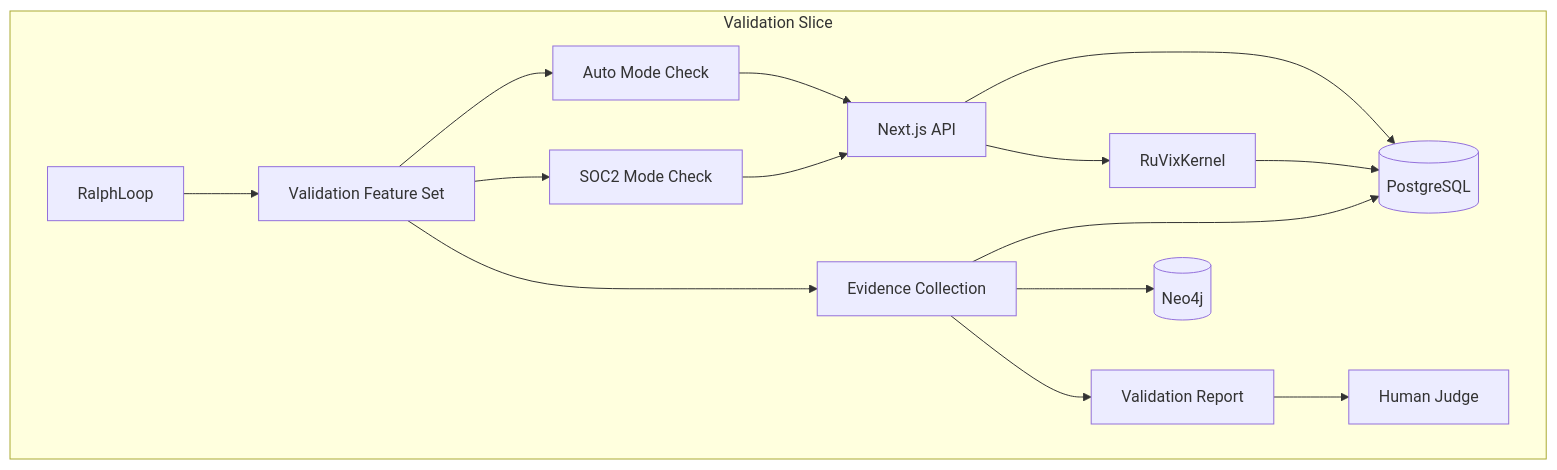
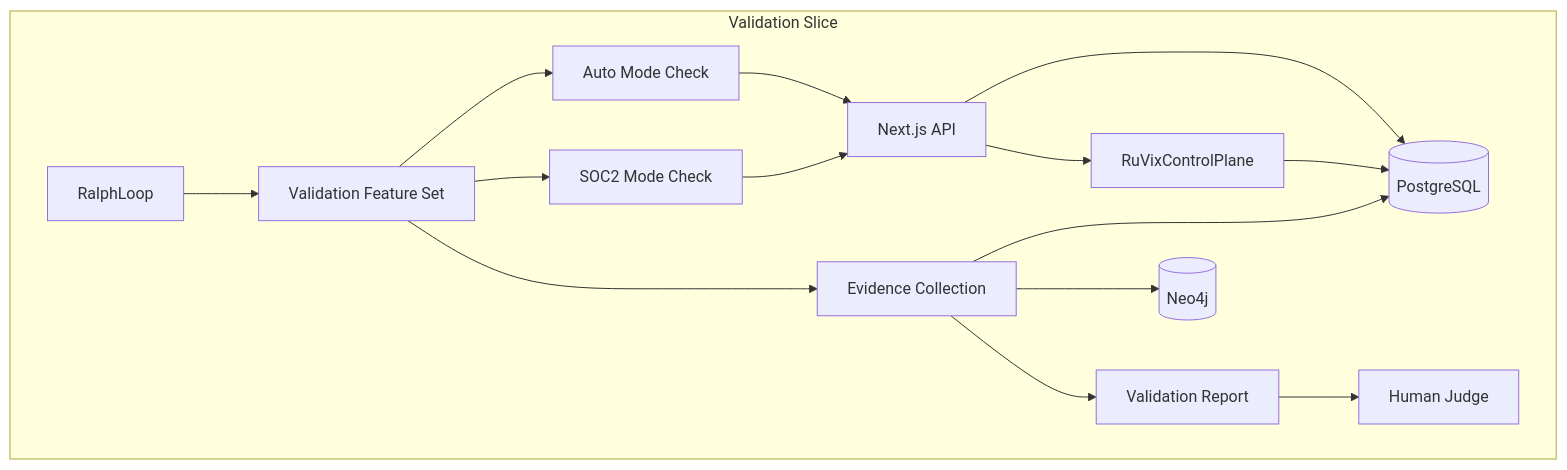
The eighth of 9 diagrams in docs/allura/SOLUTION-ARCHITECTURE.md (Allura-Ecosystem/Allura_Memory), drawn with Mermaid before and after one commit. The commit also changed other lines of this file and 49 other files, not shown here.

First line of the commit message:
docs(control-plane): sweep kernel terminology to control-plane

````diff
--- a/docs/allura/SOLUTION-ARCHITECTURE.md
+++ b/docs/allura/SOLUTION-ARCHITECTURE.md
@@ -630,18 +630,18 @@
 ```mermaid
 graph TD
     subgraph "Validation Slice"
         A[RalphLoop] --> B[Validation Feature Set]
         B --> C[Auto Mode Check]
         B --> D[SOC2 Mode Check]
         B --> E[Evidence Collection]
         C --> F[Next.js API]
         D --> F
         F --> G[(PostgreSQL)]
-        F --> H[RuVixKernel]
+        F --> H[RuVixControlPlane]
         H --> G
         E --> G
         E --> I[(Neo4j)]
         E --> J[Validation Report]
         J --> K[Human Judge]
     end
 ```
````
